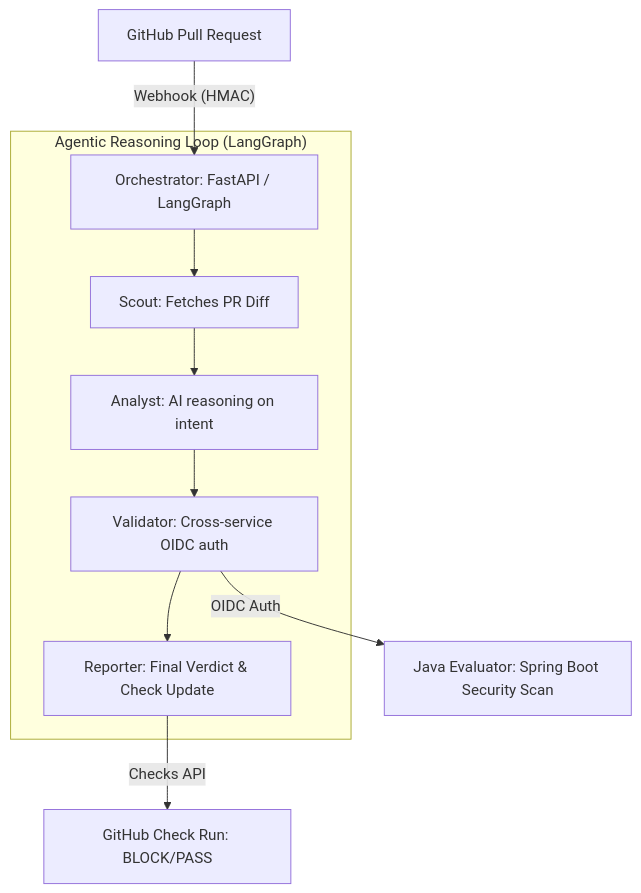
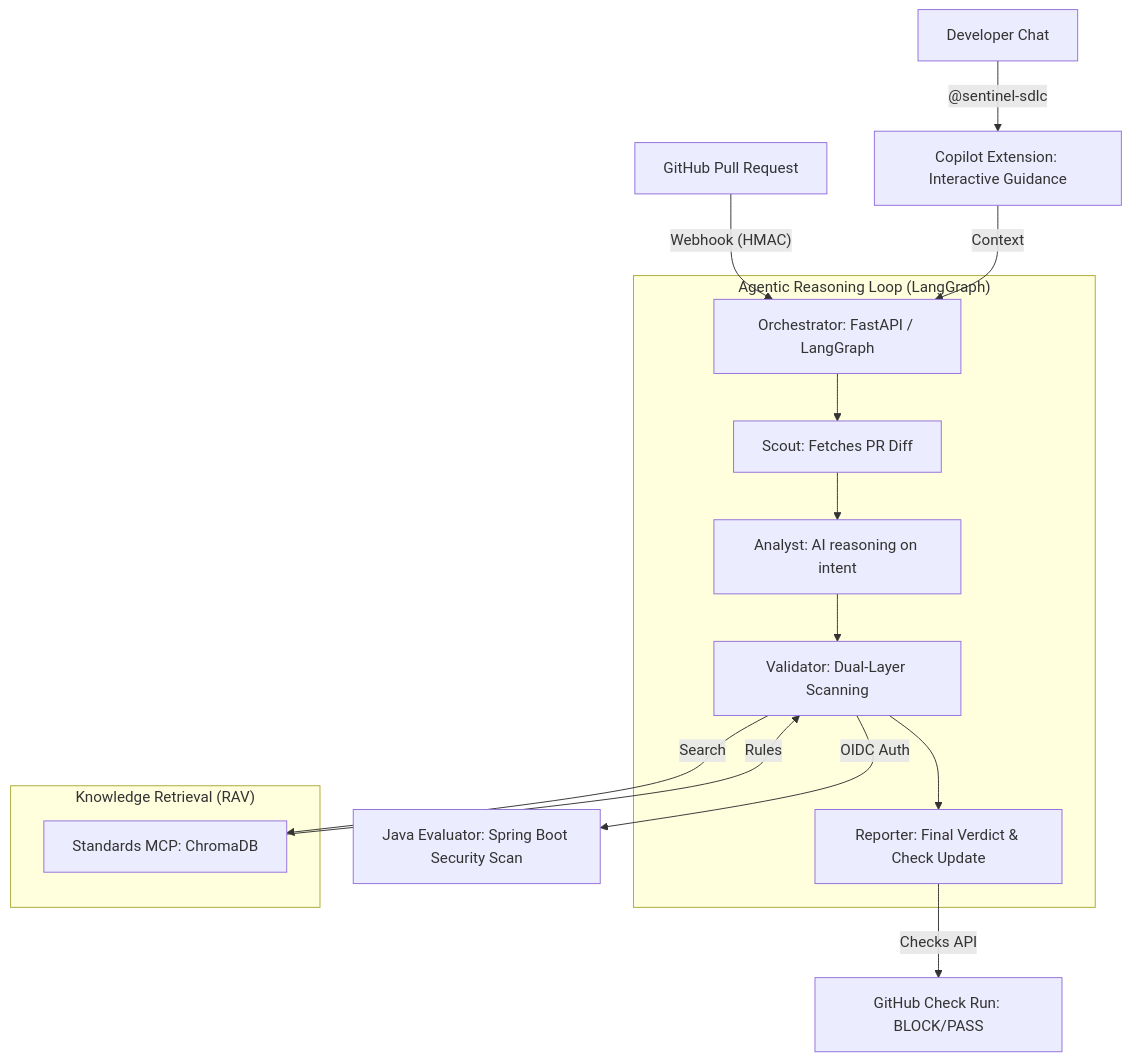
One commit to tbrom/pr-compliance-agent changed the diagram in README.md. Above: the diagram before and after it, drawn with Mermaid. The commit also changed other lines of this file, not shown here.

Commit message:
Docs: Final README update for RAV and Copilot architecture

````diff
--- a/README.md
+++ b/README.md
@@ -11,14 +11,22 @@
 ```mermaid
 graph TD
     A[GitHub Pull Request] -- Webhook (HMAC) --> B[Orchestrator: FastAPI / LangGraph]
     
     subgraph "Agentic Reasoning Loop (LangGraph)"
     B --> Scout[Scout: Fetches PR Diff]
     Scout --> Analyst[Analyst: AI reasoning on intent]
-    Analyst --> Validator[Validator: Cross-service OIDC auth]
+    Analyst --> Validator[Validator: Dual-Layer Scanning]
     Validator --> Reporter[Reporter: Final Verdict & Check Update]
+    end
+
+    subgraph "Knowledge Retrieval (RAV)"
+    Validator -- Search --> MCP_Std[Standards MCP: ChromaDB]
+    MCP_Std -- Rules --> Validator
     end
     
     Validator -- OIDC Auth --> Java[Java Evaluator: Spring Boot Security Scan]
     Reporter -- Checks API --> GH_Checks[GitHub Check Run: BLOCK/PASS]
+    
+    User[Developer Chat] -- @sentinel-sdlc --> Copilot[Copilot Extension: Interactive Guidance]
+    Copilot -- Context --> B
 ```
````
